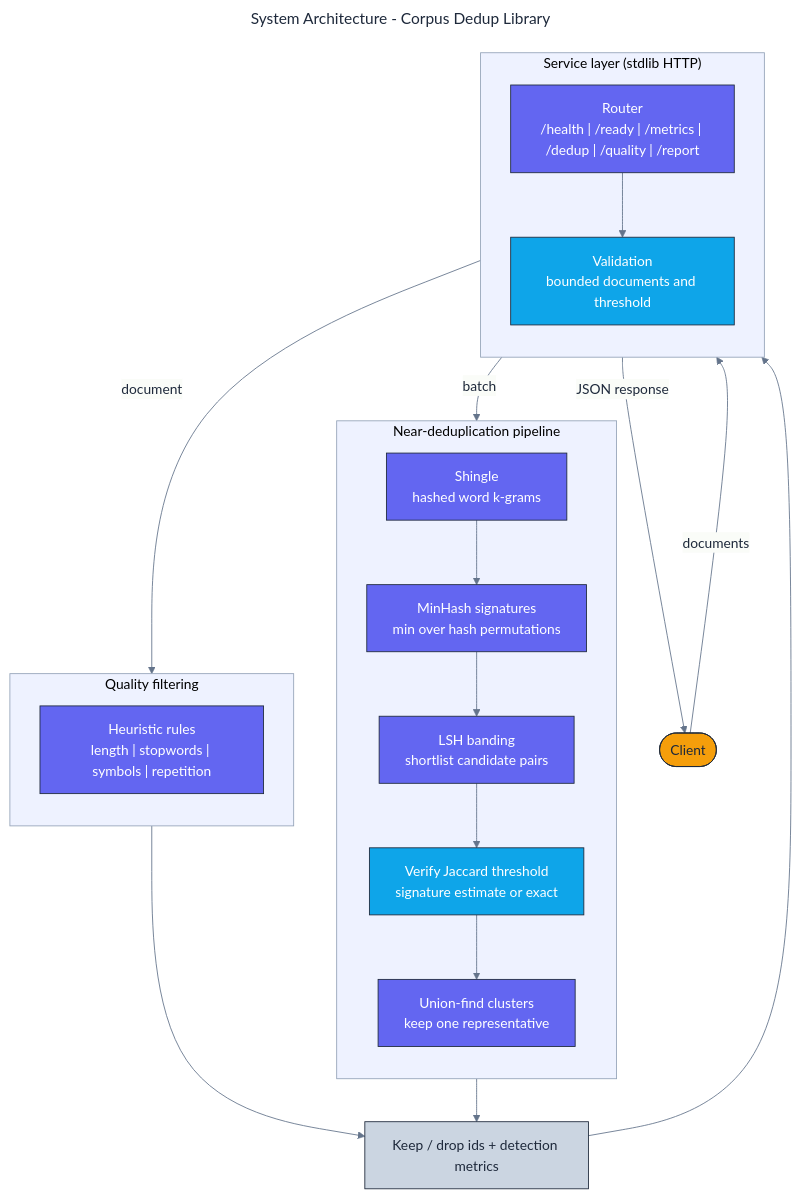
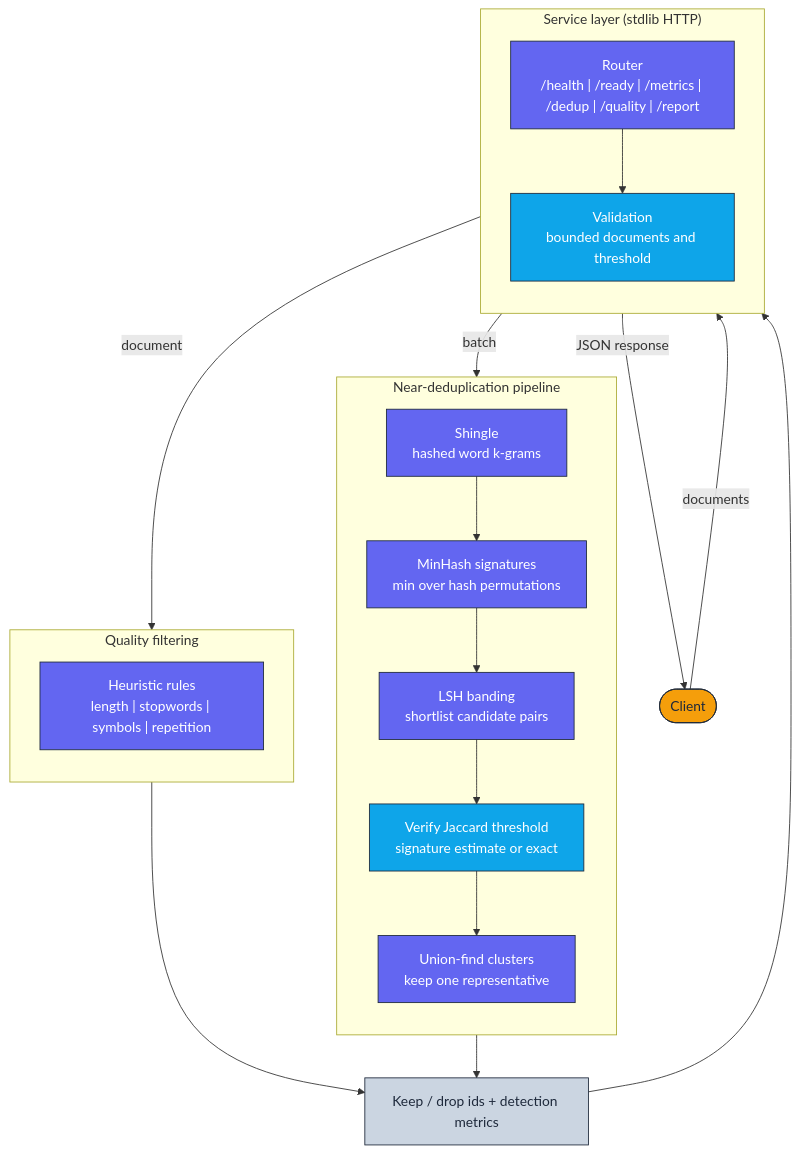
Before and after one commit to adeoluo/corpus-dedup-library: the diagram in docs/architecture/architecture.mmd, drawn with Mermaid. The commit also changed 9 other files, not shown here.

```diff
--- a/docs/architecture/architecture.mmd
+++ b/docs/architecture/architecture.mmd
@@ -1,51 +1,38 @@
----
-title: System Architecture - Corpus Dedup Library
-config:
-  theme: base
-  themeVariables:
-    fontFamily: "Inter, system-ui, sans-serif"
-    primaryColor: "#F8FAFC"
-    primaryBorderColor: "#1E293B"
-    primaryTextColor: "#1E293B"
-    lineColor: "#64748B"
-    clusterBkg: "#EEF2FF"
-    clusterBorder: "#94A3B8"
----
-flowchart TB
+flowchart TD
     classDef edge     fill:#F59E0B,stroke:#1E293B,color:#1E293B,stroke-width:1px;
     classDef core     fill:#6366F1,stroke:#1E293B,color:#ffffff,stroke-width:1px;
     classDef data     fill:#10B981,stroke:#1E293B,color:#ffffff,stroke-width:1px;
     classDef control  fill:#0EA5E9,stroke:#1E293B,color:#ffffff,stroke-width:1px;
     classDef obs      fill:#CBD5E1,stroke:#1E293B,color:#1E293B,stroke-width:1px;
 
     Client([Client]):::edge
 
     subgraph Dedup["Near-deduplication pipeline"]
         direction TB
         Shingle["Shingle<br/>hashed word k-grams"]:::core
         Sign["MinHash signatures<br/>min over hash permutations"]:::core
         LSH["LSH banding<br/>shortlist candidate pairs"]:::core
         Verify["Verify Jaccard threshold<br/>signature estimate or exact"]:::control
         Cluster["Union-find clusters<br/>keep one representative"]:::core
     end
 
     subgraph Quality["Quality filtering"]
         direction TB
         Rules["Heuristic rules<br/>length | stopwords | symbols | repetition"]:::core
     end
 
     subgraph Edge["Service layer (stdlib HTTP)"]
         direction TB
         Router["Router<br/>/health | /ready | /metrics | /dedup | /quality | /report"]:::core
         Validate["Validation<br/>bounded documents and threshold"]:::control
     end
 
     Result["Keep / drop ids + detection metrics"]:::obs
 
     Shingle --> Sign --> LSH --> Verify --> Cluster
     Client -->|documents| Router --> Validate
     Validate -->|batch| Dedup
     Validate -->|document| Rules
     Cluster --> Result
     Rules --> Result
     Result --> Router -->|JSON response| Client
```
